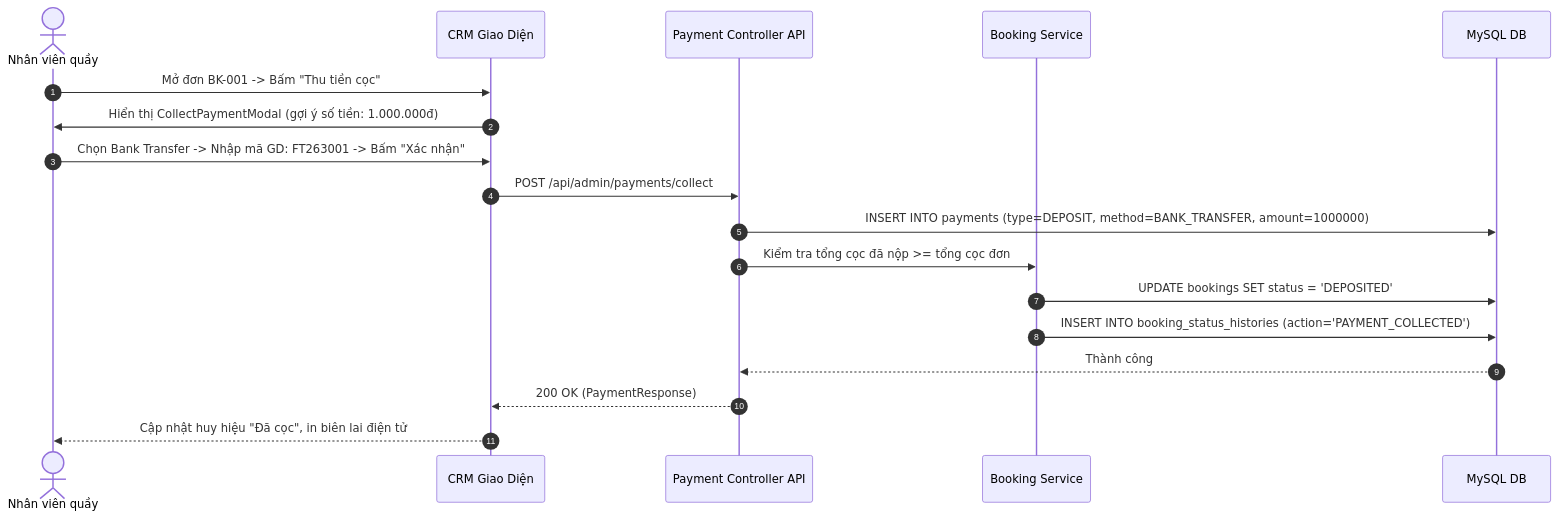
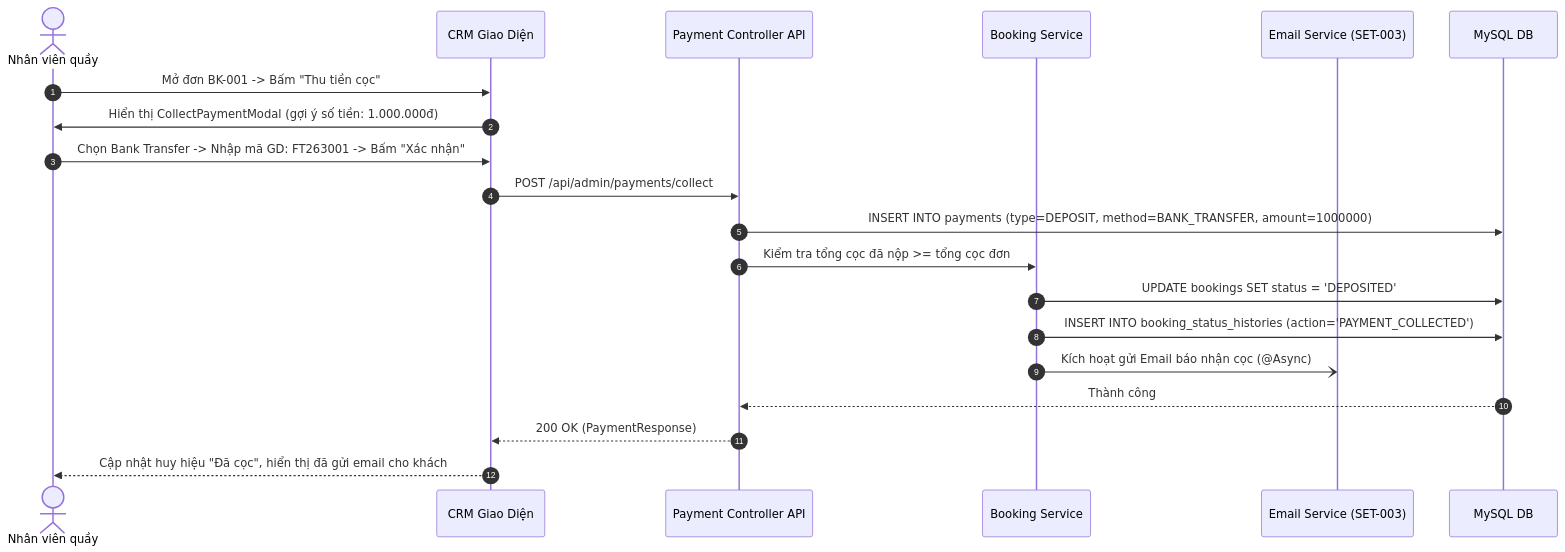
Before and after one commit to Exorcist11/chickie-studio: the diagram in docs/features/payment/PAY-001-ghi-nhan-coc-thanh-toan-crm.md, drawn with Mermaid. The commit also changed other lines of this file and 16 other files, not shown here.

````diff
--- a/docs/features/payment/PAY-001-ghi-nhan-coc-thanh-toan-crm.md
+++ b/docs/features/payment/PAY-001-ghi-nhan-coc-thanh-toan-crm.md
@@ -62,21 +62,23 @@
 ```mermaid
 sequenceDiagram
     autonumber
     actor Staff as Nhân viên quầy
     participant CRM as CRM Giao Diện
     participant API as Payment Controller API
     participant BookingSvc as Booking Service
+    participant Mailer as Email Service (SET-003)
     participant DB as MySQL DB
 
     Staff->>CRM: Mở đơn BK-001 -> Bấm "Thu tiền cọc"
     CRM->>Staff: Hiển thị CollectPaymentModal (gợi ý số tiền: 1.000.000đ)
     Staff->>CRM: Chọn Bank Transfer -> Nhập mã GD: FT263001 -> Bấm "Xác nhận"
     CRM->>API: POST /api/admin/payments/collect
     API->>DB: INSERT INTO payments (type=DEPOSIT, method=BANK_TRANSFER, amount=1000000)
     API->>BookingSvc: Kiểm tra tổng cọc đã nộp >= tổng cọc đơn
     BookingSvc->>DB: UPDATE bookings SET status = 'DEPOSITED'
     BookingSvc->>DB: INSERT INTO booking_status_histories (action='PAYMENT_COLLECTED')
+    BookingSvc-)Mailer: Kích hoạt gửi Email báo nhận cọc (@Async)
     DB-->>API: Thành công
     API-->>CRM: 200 OK (PaymentResponse)
-    CRM-->>Staff: Cập nhật huy hiệu "Đã cọc", in biên lai điện tử
+    CRM-->>Staff: Cập nhật huy hiệu "Đã cọc", hiển thị đã gửi email cho khách
 ```
````
